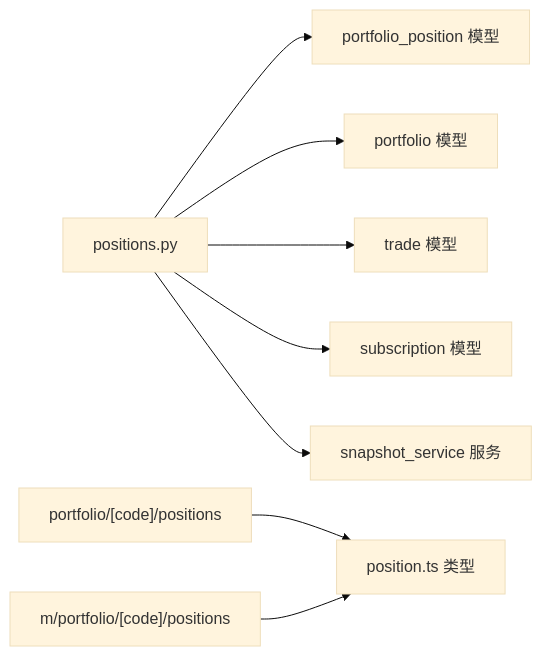
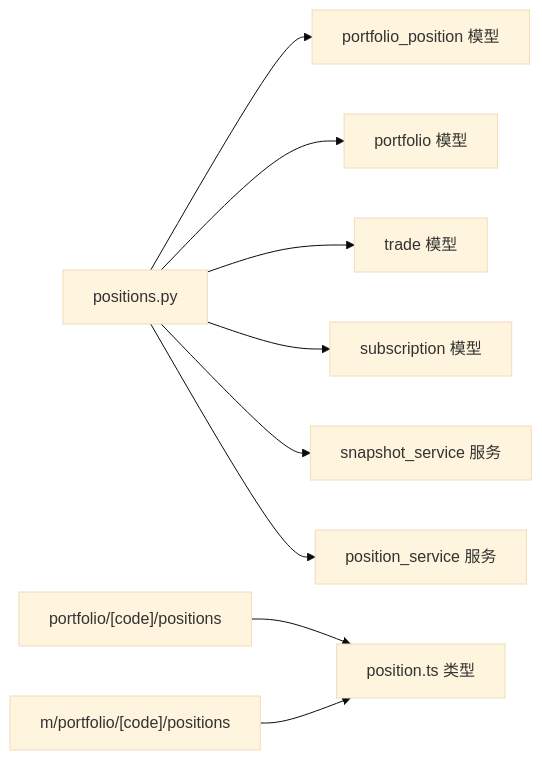
One commit to gujialind/InvestRing changed the third of 3 diagrams in .qoder/repowiki/zh/content/后端API文档/持仓管理API.md. Above: the diagram before and after it, drawn with Mermaid (base theme). The commit also changed other lines of this file and 42 other files, not shown here.

````diff
--- a/.qoder/repowiki/zh/content/后端API文档/持仓管理API.md
+++ b/.qoder/repowiki/zh/content/后端API文档/持仓管理API.md
@@ -296,10 +343,11 @@
 ```mermaid
 graph LR
 POS["positions.py"] --> PP["portfolio_position 模型"]
 POS --> P["portfolio 模型"]
 POS --> T["trade 模型"]
 POS --> S["subscription 模型"]
 POS --> SV["snapshot_service 服务"]
+POS --> PS["position_service 服务"]
 FP1["portfolio/[code]/positions"] --> PT["position.ts 类型"]
 FM1["m/portfolio/[code]/positions"] --> PT
 ```
````
